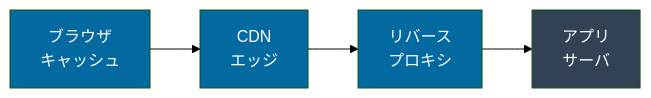
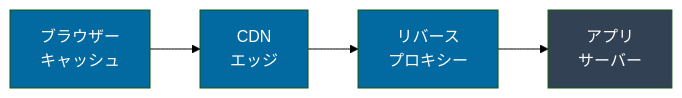
One commit to yoichiozaki/yoichiozaki.github.io changed the third of 6 diagrams in content/blog/ja/rpc-vs-rest.mdx. Above: the diagram before and after it, drawn with Mermaid (forest theme). The commit also changed other lines of this file and 117 other files, not shown here.

````diff
--- a/content/blog/ja/rpc-vs-rest.mdx
+++ b/content/blog/ja/rpc-vs-rest.mdx
@@ -889,10 +889,10 @@
 ```mermaid
 graph LR
-    B["ブラウザ<br/>キャッシュ"] --> C["CDN<br/>エッジ"]
-    C --> P["リバース<br/>プロキシ"]
-    P --> A["アプリ<br/>サーバ"]
+    B["ブラウザー<br/>キャッシュ"] --> C["CDN<br/>エッジ"]
+    C --> P["リバース<br/>プロキシー"]
+    P --> A["アプリ<br/>サーバー"]
     style B fill:#0369a1,color:#ffffff
     style C fill:#0369a1,color:#ffffff
     style P fill:#0369a1,color:#ffffff
     style A fill:#334155,color:#ffffff
 ```
````
